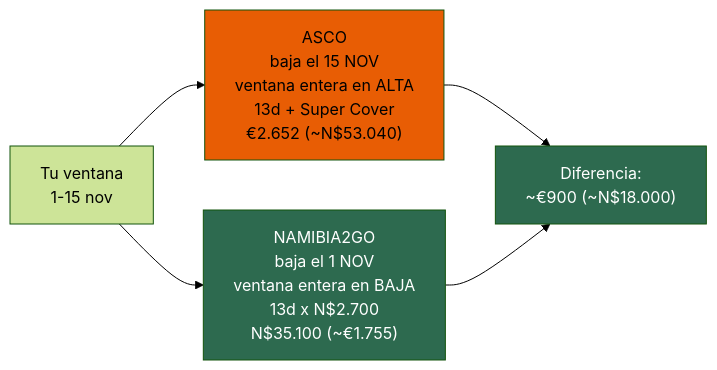
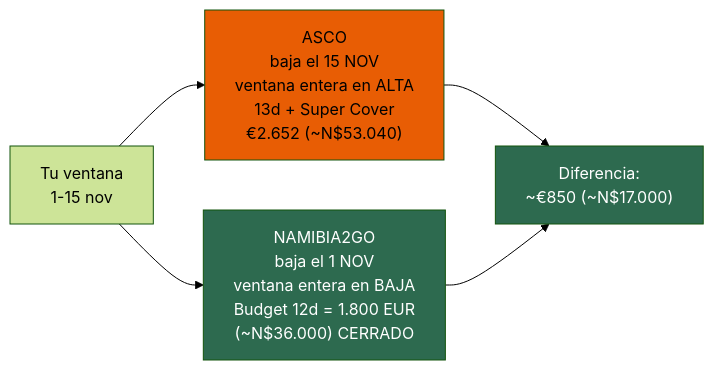
One commit to morandeirachema/namibia changed the fifth of 9 diagrams in 11-itinerarios-dia-a-dia.md. Above: the diagram before and after it, drawn with Mermaid (forest theme). The commit also changed other lines of this file and 1 other file, not shown here.

Commit message:
Actualizar el itinerario y el analisis de lluvias a las decisiones finales: Budget cerrada, 12 dias de coche y Etosha al final

````diff
--- a/11-itinerarios-dia-a-dia.md
+++ b/11-itinerarios-dia-a-dia.md
@@ -412,10 +420,10 @@
 ```mermaid
 flowchart LR
     V["Tu ventana<br/>1-15 nov"] --> A["ASCO<br/>baja el 15 NOV<br/>ventana entera en ALTA<br/>13d + Super Cover<br/>€2.652 (~N$53.040)"]
-    V --> N["NAMIBIA2GO<br/>baja el 1 NOV<br/>ventana entera en BAJA<br/>13d x N$2.700<br/>N$35.100 (~€1.755)"]
-    A --> R["Diferencia:<br/>~€900 (~N$18.000)"]
+    V --> N["NAMIBIA2GO<br/>baja el 1 NOV<br/>ventana entera en BAJA<br/>Budget 12d = 1.800 EUR<br/>(~N$36.000) CERRADO"]
+    A --> R["Diferencia:<br/>~€850 (~N$17.000)"]
     N --> R
     style A fill:#e85d04,color:#000
     style N fill:#2d6a4f,color:#fff
     style R fill:#2d6a4f,color:#fff
 ```
````
